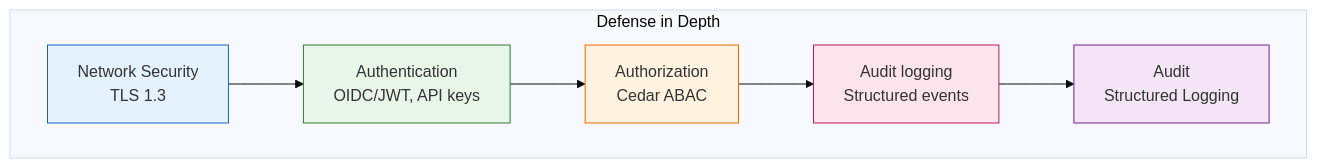
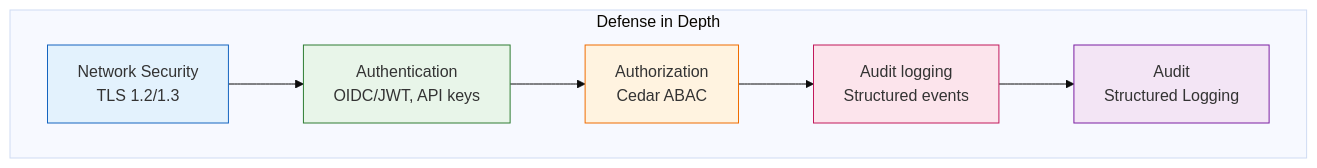
Before and after one commit to hupe1980/rustberg: the tenth of 10 diagrams in site/content/docs/architecture.md, drawn with Mermaid (base theme). The commit also changed 94 other files, not shown here.

````diff
--- a/site/content/docs/architecture.md
+++ b/site/content/docs/architecture.md
@@ -531,21 +531,21 @@
 ```mermaid
 graph TB
     subgraph Layers["Defense in Depth"]
-        L1[Network Security<br/>TLS 1.3]
+        L1[Network Security<br/>TLS 1.2/1.3]
         L2[Authentication<br/>OIDC/JWT, API keys]
         L3[Authorization<br/>Cedar ABAC]
         L4[Audit logging<br/>Structured events]
         L5[Audit<br/>Structured Logging]
     end
     
     L1 --> L2
     L2 --> L3
     L3 --> L4
     L4 --> L5
     
     style L1 fill:#e3f2fd,stroke:#1565c0
     style L2 fill:#e8f5e9,stroke:#2e7d32
     style L3 fill:#fff3e0,stroke:#ef6c00
     style L4 fill:#fce4ec,stroke:#c2185b
     style L5 fill:#f3e5f5,stroke:#7b1fa2
 ```
````
